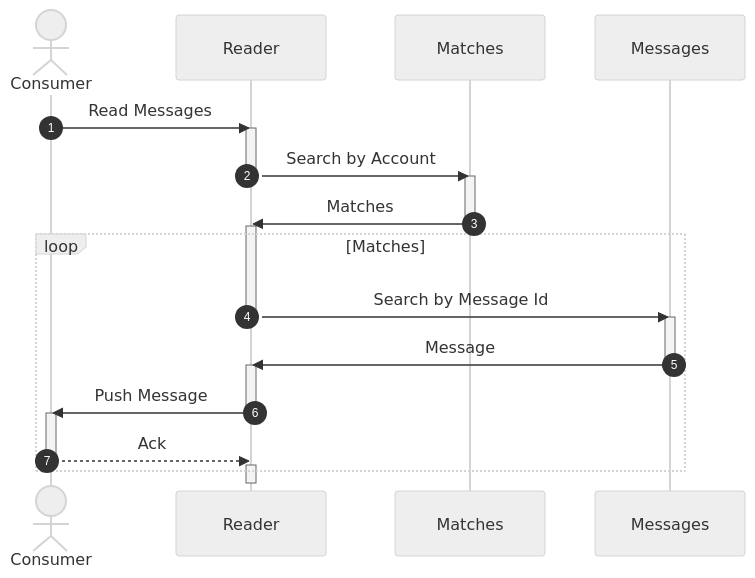
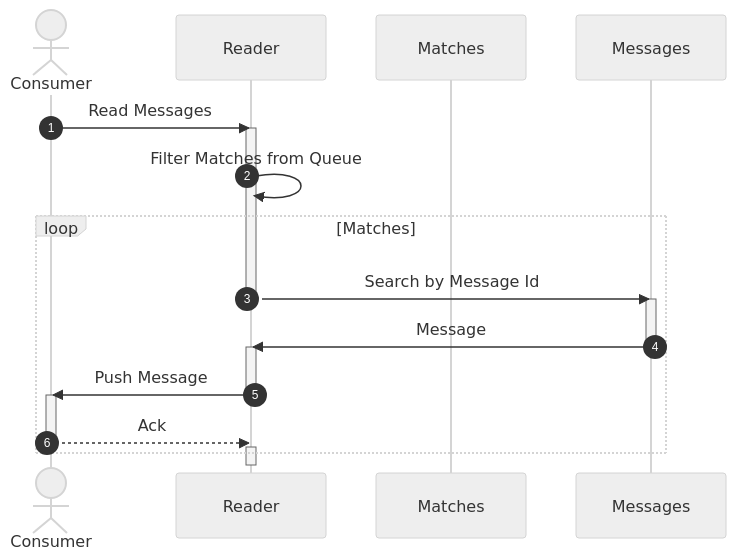
One commit to awakari/.github changed the second of 2 diagrams in profile/README.md. Above: the diagram before and after it, drawn with Mermaid. The commit also changed other lines of this file and 2 other files, not shown here.

Commit message:
readme update

````diff
--- a/profile/README.md
+++ b/profile/README.md
@@ -191,44 +200,37 @@
 ```mermaid
 %%{init: {'theme': 'neutral' } }%%
 sequenceDiagram
 
     autonumber
 
     actor Consumer
     participant Reader
     participant Matches
     participant Messages
 
     Consumer->>Reader: Read Messages
 
     activate Reader
-    Reader->>Matches: Search by Account
-    deactivate Reader
-        
-    activate Matches
-    Matches->>Reader: Matches
-    deactivate Matches
-
-    activate Reader        
+    Reader->>Reader: Filter Matches from Queue
     loop Matches
 
         Reader->>Messages: Search by Message Id
         deactivate Reader
     
         activate Messages
         Messages->>Reader: Message
         deactivate Messages
         
         activate Reader
         Reader->>Consumer: Push Message
         deactivate Reader
 
         activate Consumer
         Consumer-->>Reader: Ack
         deactivate Consumer
         
         activate Reader
     
     end
     deactivate Reader
 ```
````
